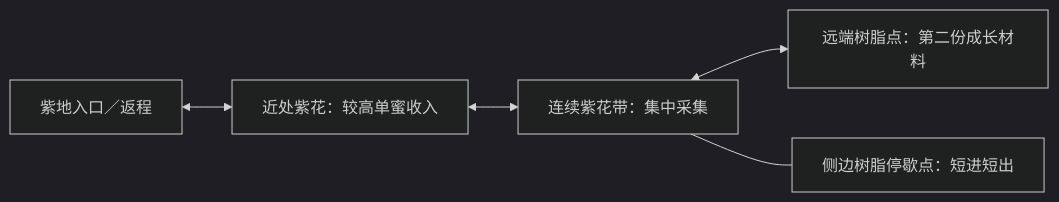
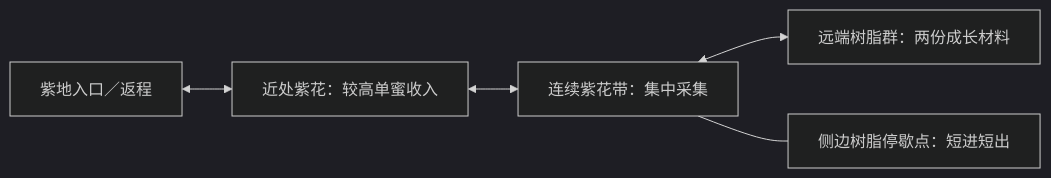
Before and after one commit to alanthssss/nameless-becoming: the second of 3 diagrams in docs/design/pond-violet-map-resource-design.md, drawn with Mermaid (dark theme). The commit also changed other lines of this file and 11 other files, not shown here.

Commit message:
Make dense flower and material habitats grow, decay and regenerate

````diff
--- a/docs/design/pond-violet-map-resource-design.md
+++ b/docs/design/pond-violet-map-resource-design.md
@@ -33,7 +33,7 @@
 ```mermaid
 flowchart LR
   V0[紫地入口／返程] <--> V1[近处紫花：较高单蜜收入]
   V1 <--> V2[连续紫花带：集中采集]
-  V2 <--> V3[远端树脂点：第二份成长材料]
+  V2 <--> V3[远端树脂群：两份成长材料]
   V2 --- VB[侧边树脂停歇点：短进短出]
 ```
````
